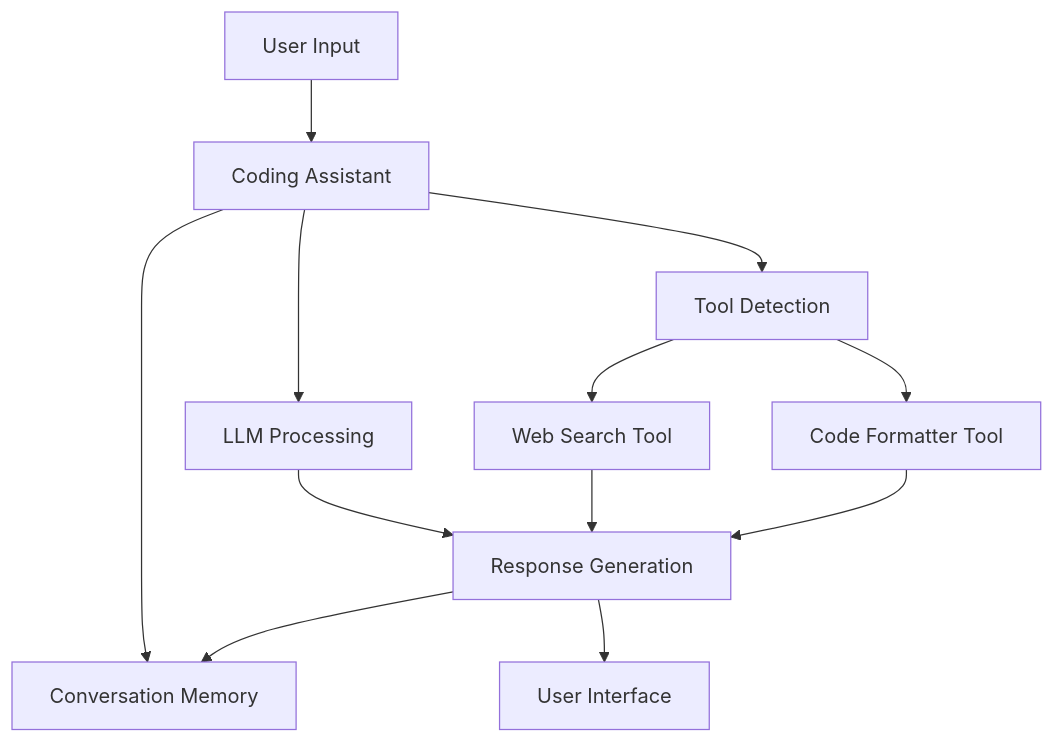
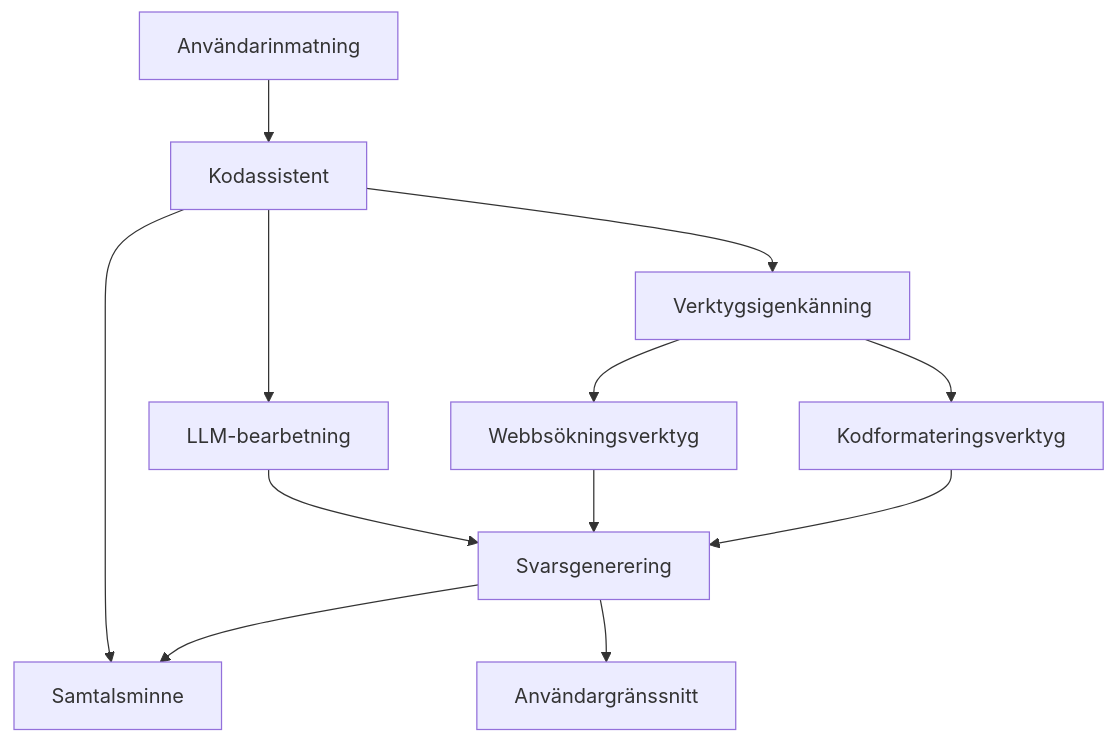
Before and after one commit to microsoft/Web-Dev-For-Beginners: the ninth of 11 diagrams in translations/sv/10-ai-framework-project/README.md, drawn with Mermaid. The commit also changed other lines of this file and 99 other files, not shown here.

````diff
--- a/translations/sv/10-ai-framework-project/README.md
+++ b/translations/sv/10-ai-framework-project/README.md
@@ -692,17 +888,17 @@
 ```mermaid
 graph TD
-    A[User Input] --> B[Coding Assistant]
-    B --> C[Conversation Memory]
-    B --> D[Tool Detection]
-    B --> E[LLM Processing]
+    A[Användarinmatning] --> B[Kodassistent]
+    B --> C[Samtalsminne]
+    B --> D[Verktygsigenkänning]
+    B --> E[LLM-bearbetning]
     
-    D --> F[Web Search Tool]
-    D --> G[Code Formatter Tool]
+    D --> F[Webbsökningsverktyg]
+    D --> G[Kodformateringsverktyg]
     
-    E --> H[Response Generation]
+    E --> H[Svarsgenerering]
     F --> H
     G --> H
     
-    H --> I[User Interface]
+    H --> I[Användargränssnitt]
     H --> C
 ```
````
